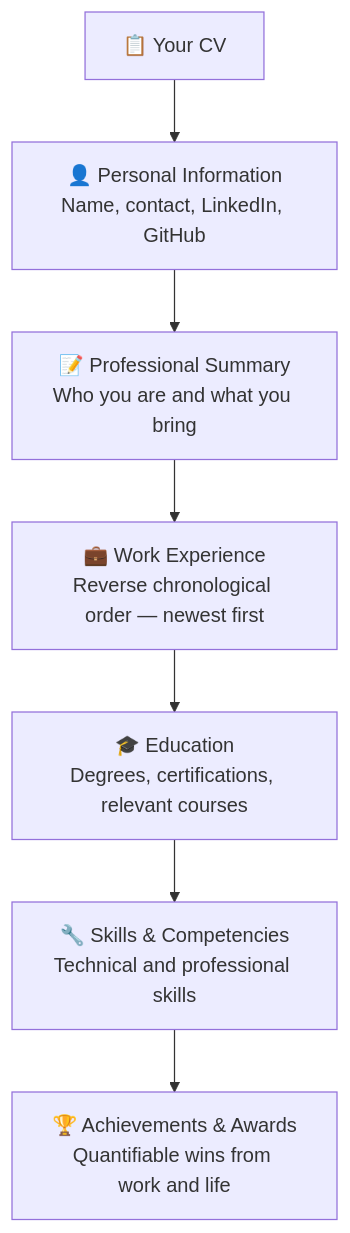
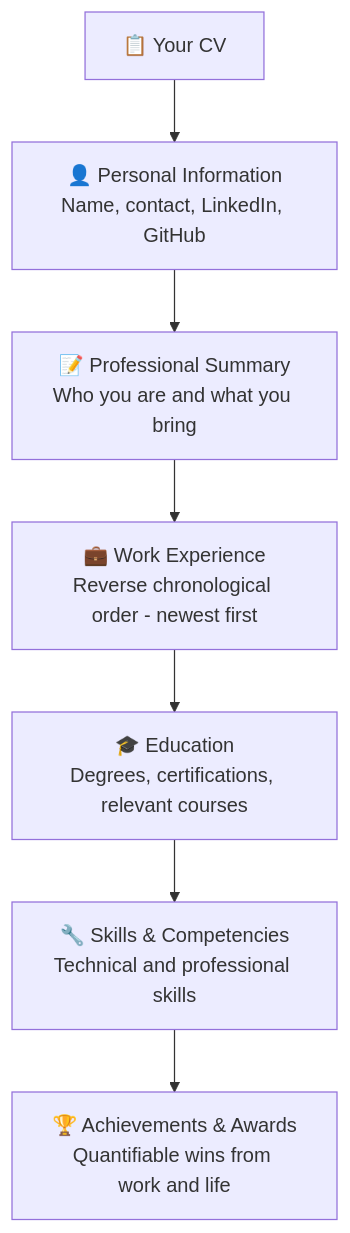
One commit to rahulkavishka/assessment-portfolio changed the seventh of 18 diagrams in rahul_portfolio_content.md. Above: the diagram before and after it, drawn with Mermaid. The commit also changed other lines of this file and 16 other files, not shown here.

````diff
--- a/rahul_portfolio_content.md
+++ b/rahul_portfolio_content.md
@@ -478,9 +478,9 @@
 ```mermaid
 flowchart TD
     A[📋 Your CV] --> B[👤 Personal Information\nName, contact, LinkedIn, GitHub]
     B --> C[📝 Professional Summary\nWho you are and what you bring]
-    C --> D[💼 Work Experience\nReverse chronological order — newest first]
+    C --> D[💼 Work Experience\nReverse chronological order - newest first]
     D --> E[🎓 Education\nDegrees, certifications, relevant courses]
     E --> F[🔧 Skills & Competencies\nTechnical and professional skills]
     F --> G[🏆 Achievements & Awards\nQuantifiable wins from work and life]
 ```
````
